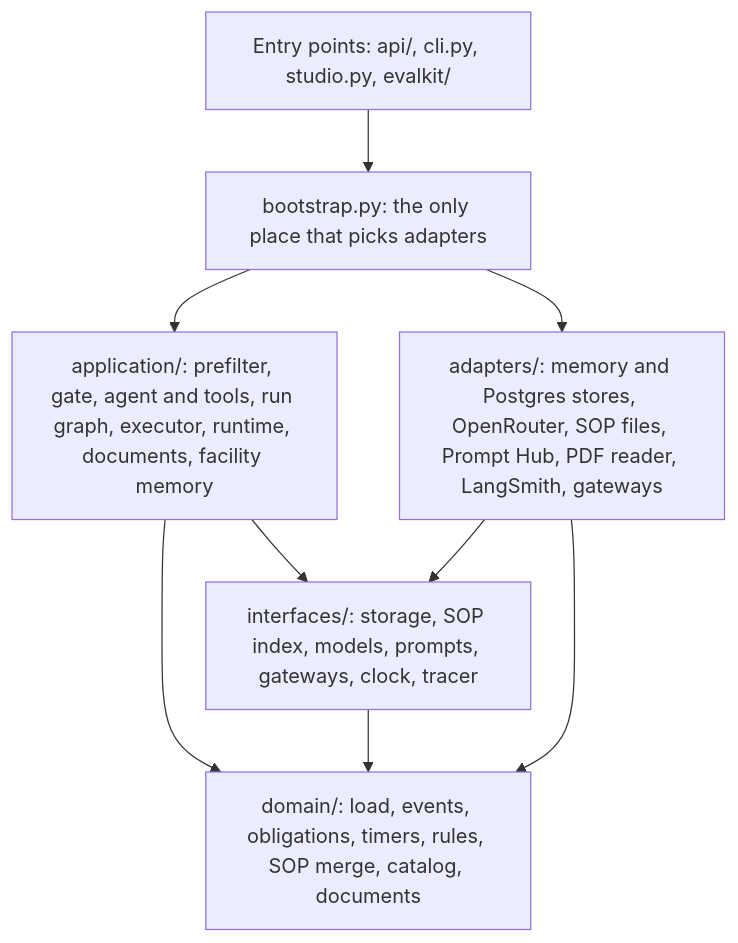
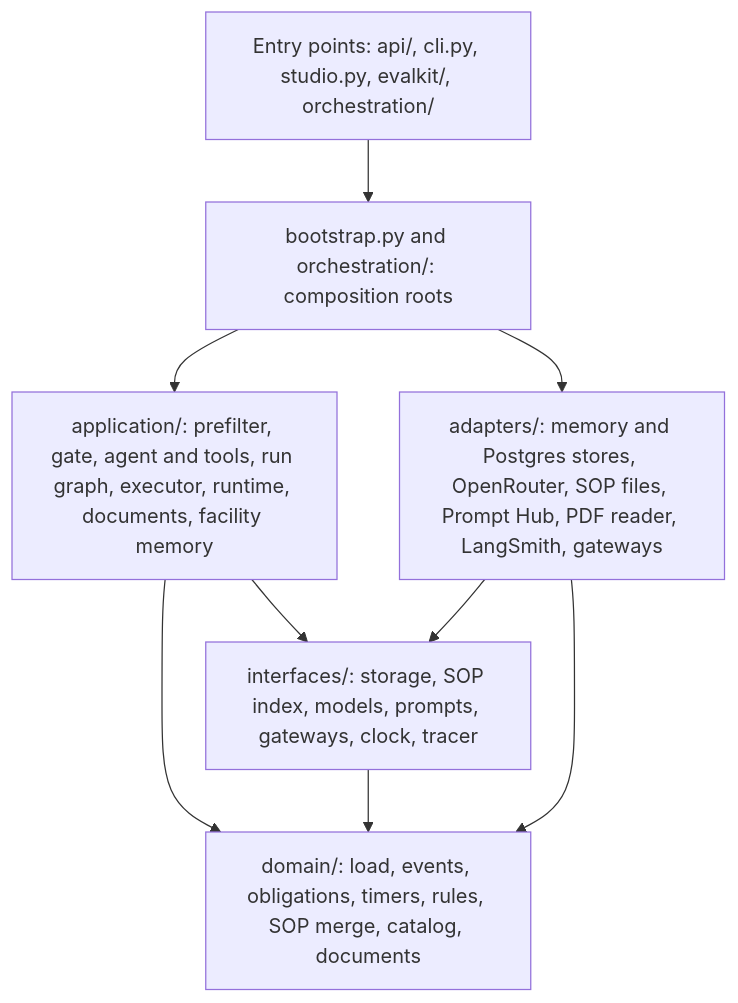
Before and after one commit to pedrocwb/freight-hero-assessment: the second of 11 diagrams in docs/architecture.md, drawn with Mermaid. The commit also changed other lines of this file and 10 other files, not shown here.

````diff
--- a/docs/architecture.md
+++ b/docs/architecture.md
@@ -79,18 +86,18 @@
 ```mermaid
 flowchart TB
-  entry["Entry points: api/, cli.py, studio.py, evalkit/"]
-  boot["bootstrap.py: the only place that picks adapters"]
+  entry["Entry points: api/, cli.py, studio.py, evalkit/, orchestration/"]
+  boot["bootstrap.py and orchestration/: composition roots"]
   app["application/: prefilter, gate, agent and tools, run graph, executor, runtime, documents, facility memory"]
   interfaces["interfaces/: storage, SOP index, models, prompts, gateways, clock, tracer"]
   domain["domain/: load, events, obligations, timers, rules, SOP merge, catalog, documents"]
   adapters["adapters/: memory and Postgres stores, OpenRouter, SOP files, Prompt Hub, PDF reader, LangSmith, gateways"]
 
   entry --> boot
   boot --> app
   boot --> adapters
   app --> interfaces
   app --> domain
   interfaces --> domain
   adapters --> interfaces
   adapters --> domain
 ```
````
